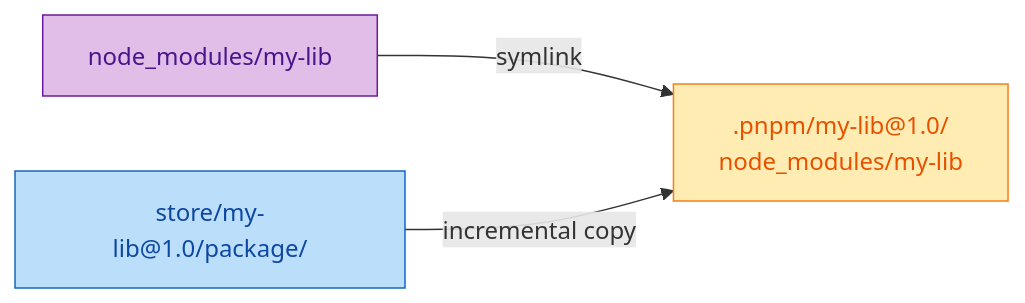
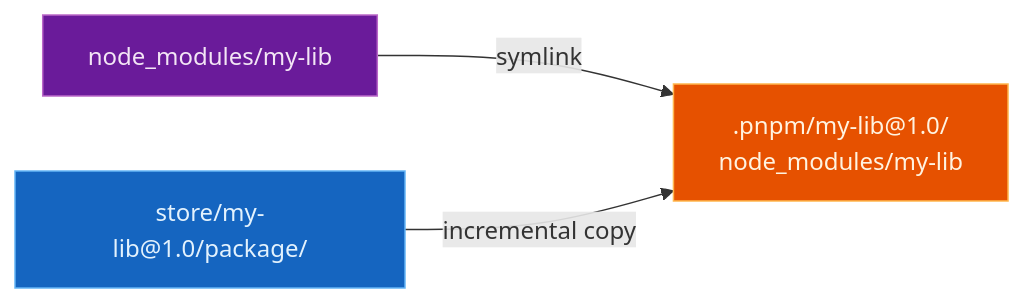
One commit to oleg-kuibar/plunk changed the fourth of 5 diagrams in docs/how-it-works.md. Above: the diagram before and after it, drawn with Mermaid. The commit also changed other lines of this file and 5 other files, not shown here.

First line of the commit message:
docs: use dark-fill mermaid colors for dark-themed UI readability

````diff
--- a/docs/how-it-works.md
+++ b/docs/how-it-works.md
@@ -130,9 +130,9 @@
 ```mermaid
 graph LR
     NM["node_modules/my-lib"] -- "symlink" --> PNPM[".pnpm/my-lib@1.0/<br/>node_modules/my-lib"]
     Store["store/my-lib@1.0/package/"] -- "incremental copy" --> PNPM
 
-    style Store fill:#bbdefb,stroke:#1565c0,color:#0d47a1
-    style PNPM fill:#ffecb3,stroke:#f57f17,color:#e65100
-    style NM fill:#e1bee7,stroke:#6a1b9a,color:#4a148c
+    style Store fill:#1565c0,stroke:#64b5f6,color:#e3f2fd
+    style PNPM fill:#e65100,stroke:#ffb74d,color:#fff3e0
+    style NM fill:#6a1b9a,stroke:#ba68c8,color:#f3e5f5
 ```
````
